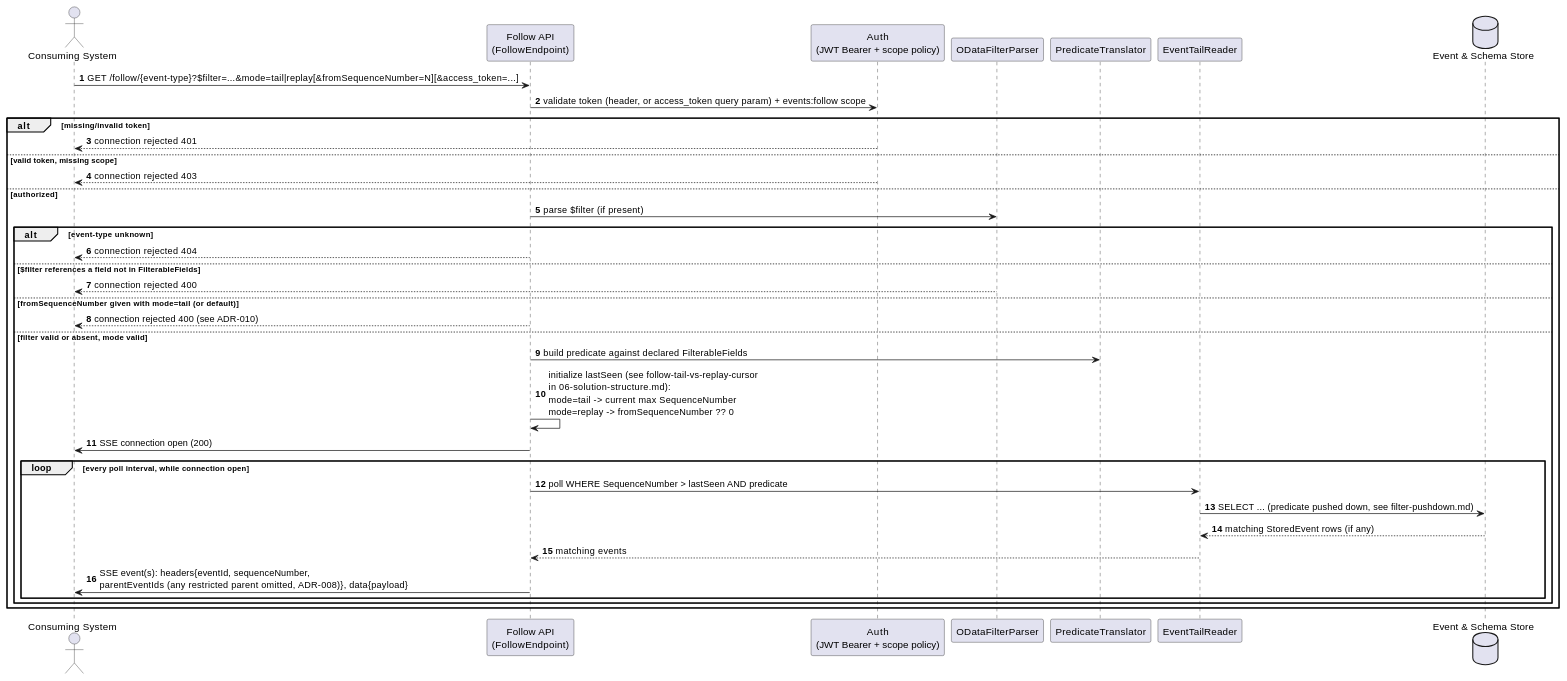
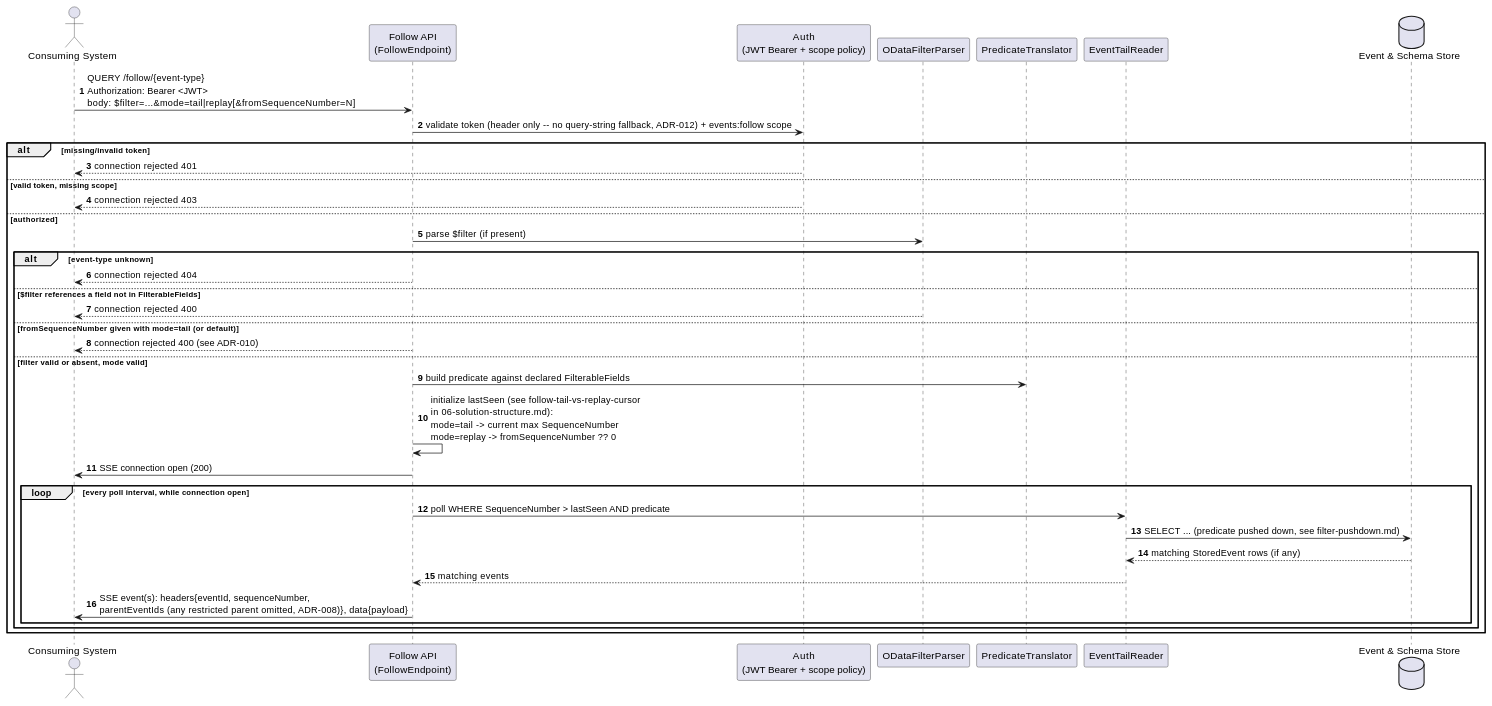
One commit to Mwwhited-BookLearning/EventSourcing changed the first of 2 diagrams in docs/features/follow-subscribe.md. Above: the diagram before and after it, drawn with PlantUML. The commit also changed other lines of this file and 15 other files, not shown here.

````diff
--- a/docs/features/follow-subscribe.md
+++ b/docs/features/follow-subscribe.md
@@ -13,40 +20,40 @@
 ```plantuml
 @startuml Follow_Sequence
 autonumber
 actor "Consuming System" as follower
 participant "Follow API\n(FollowEndpoint)" as endpoint
 participant "Auth\n(JWT Bearer + scope policy)" as auth
 participant "ODataFilterParser" as parser
 participant "PredicateTranslator" as translator
 participant "EventTailReader" as tailReader
 database "Event & Schema Store" as db
 
-follower -> endpoint: GET /follow/{event-type}?$filter=...&mode=tail|replay[&fromSequenceNumber=N][&access_token=...]
-endpoint -> auth: validate token (header, or access_token query param) + events:follow scope
+follower -> endpoint: QUERY /follow/{event-type}\nAuthorization: Bearer <JWT>\nbody: $filter=...&mode=tail|replay[&fromSequenceNumber=N]
+endpoint -> auth: validate token (header only -- no query-string fallback, ADR-012) + events:follow scope
 alt missing/invalid token
   auth --> follower: connection rejected 401
 else valid token, missing scope
   auth --> follower: connection rejected 403
 else authorized
   endpoint -> parser: parse $filter (if present)
   alt event-type unknown
     endpoint --> follower: connection rejected 404
   else $filter references a field not in FilterableFields
     parser --> follower: connection rejected 400
   else fromSequenceNumber given with mode=tail (or default)
     endpoint --> follower: connection rejected 400 (see ADR-010)
   else filter valid or absent, mode valid
     endpoint -> translator: build predicate against declared FilterableFields
     endpoint -> endpoint: initialize lastSeen (see follow-tail-vs-replay-cursor\nin 06-solution-structure.md):\nmode=tail -> current max SequenceNumber\nmode=replay -> fromSequenceNumber ?? 0
     endpoint -> follower: SSE connection open (200)
     loop every poll interval, while connection open
       endpoint -> tailReader: poll WHERE SequenceNumber > lastSeen AND predicate
       tailReader -> db: SELECT ... (predicate pushed down, see filter-pushdown.md)
       db --> tailReader: matching StoredEvent rows (if any)
       tailReader --> endpoint: matching events
       endpoint -> follower: SSE event(s): headers{eventId, sequenceNumber,\nparentEventIds (any restricted parent omitted, ADR-008)}, data{payload}
     end
   end
 end
 @enduml
 ```
````
